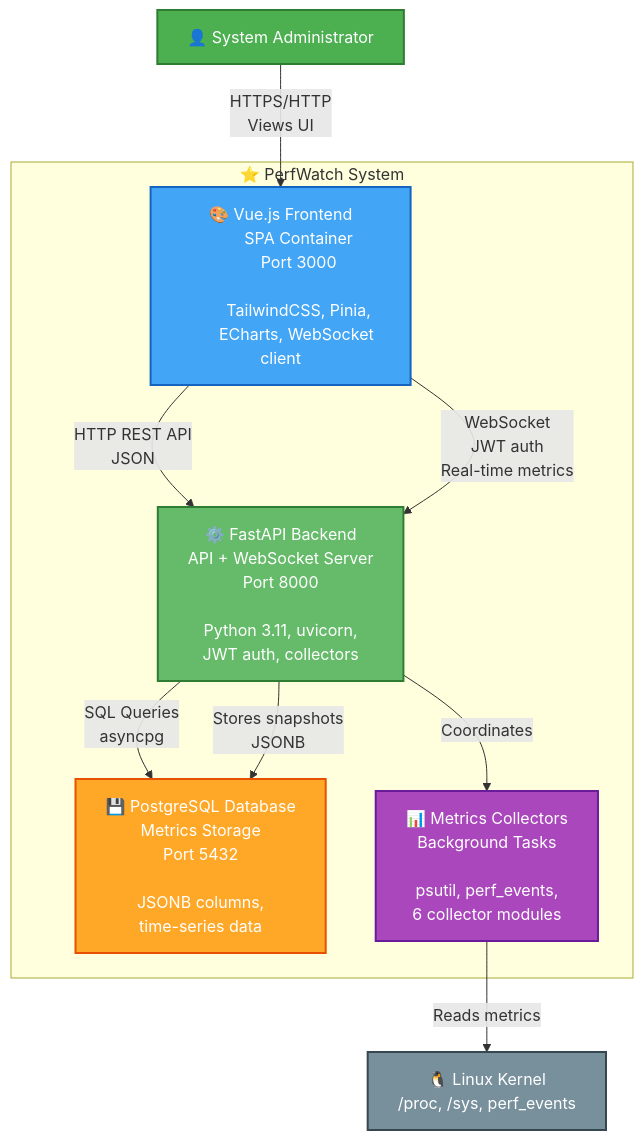
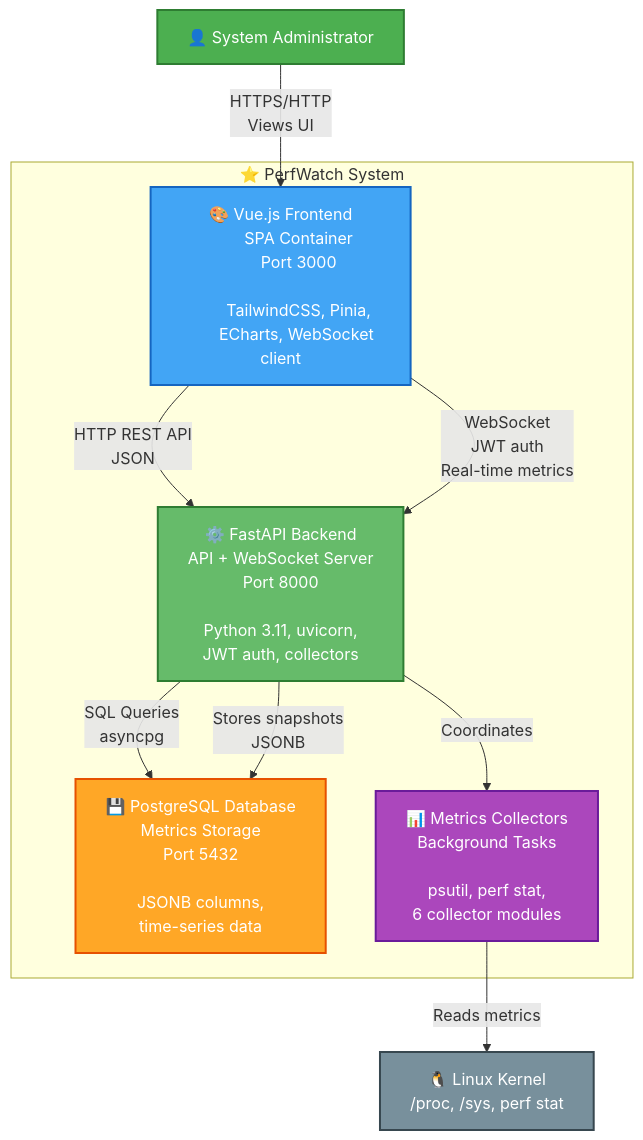
Before and after one commit to zhyndalf/perfwatch: the diagram in docs/diagrams/architects/c4-container.md, drawn with Mermaid. The commit also changed other lines of this file and 52 other files, not shown here.

Commit message:
refactor: perf stat collector and docs sync

````diff
--- a/docs/diagrams/architects/c4-container.md
+++ b/docs/diagrams/architects/c4-container.md
@@ -11,51 +11,51 @@
 ```mermaid
 flowchart TB
     User["👤 System Administrator"]
 
     subgraph PerfWatch["⭐ PerfWatch System"]
         Frontend["🎨 Vue.js Frontend
         SPA Container
         Port 3000
 
         TailwindCSS, Pinia,
         ECharts, WebSocket client"]
 
         Backend["⚙️ FastAPI Backend
         API + WebSocket Server
         Port 8000
 
         Python 3.11, uvicorn,
         JWT auth, collectors"]
 
         Database["💾 PostgreSQL Database
         Metrics Storage
         Port 5432
 
         JSONB columns,
         time-series data"]
 
         Collectors["📊 Metrics Collectors
         Background Tasks
 
-        psutil, perf_events,
+        psutil, perf stat,
         6 collector modules"]
     end
 
     LinuxKernel["🐧 Linux Kernel
-    /proc, /sys, perf_events"]
+    /proc, /sys, perf stat"]
 
     User -->|HTTPS/HTTP<br/>Views UI| Frontend
     Frontend -->|HTTP REST API<br/>JSON| Backend
     Frontend -->|WebSocket<br/>JWT auth<br/>Real-time metrics| Backend
     Backend -->|SQL Queries<br/>asyncpg| Database
     Backend -->|Coordinates| Collectors
     Collectors -->|Reads metrics| LinuxKernel
     Backend -->|Stores snapshots<br/>JSONB| Database
 
     style User fill:#4CAF50,stroke:#2E7D32,stroke-width:2px,color:#fff
     style Frontend fill:#42A5F5,stroke:#1565C0,stroke-width:2px,color:#fff
     style Backend fill:#66BB6A,stroke:#2E7D32,stroke-width:2px,color:#fff
     style Database fill:#FFA726,stroke:#E65100,stroke-width:2px,color:#fff
     style Collectors fill:#AB47BC,stroke:#6A1B9A,stroke-width:2px,color:#fff
     style LinuxKernel fill:#78909C,stroke:#37474F,stroke-width:2px,color:#fff
 ```
````
